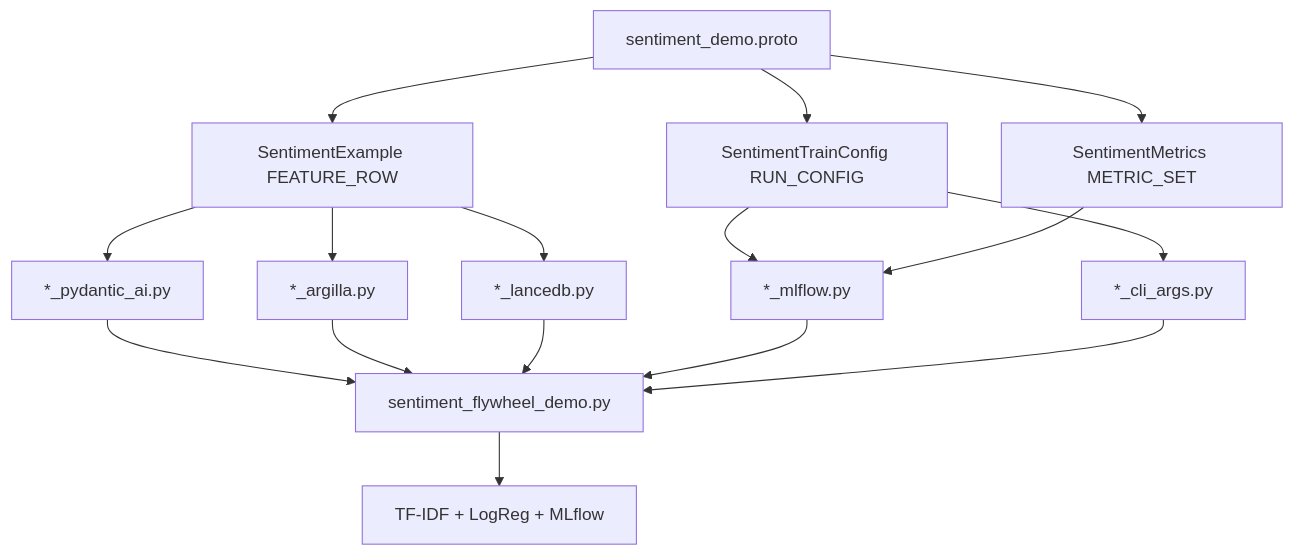
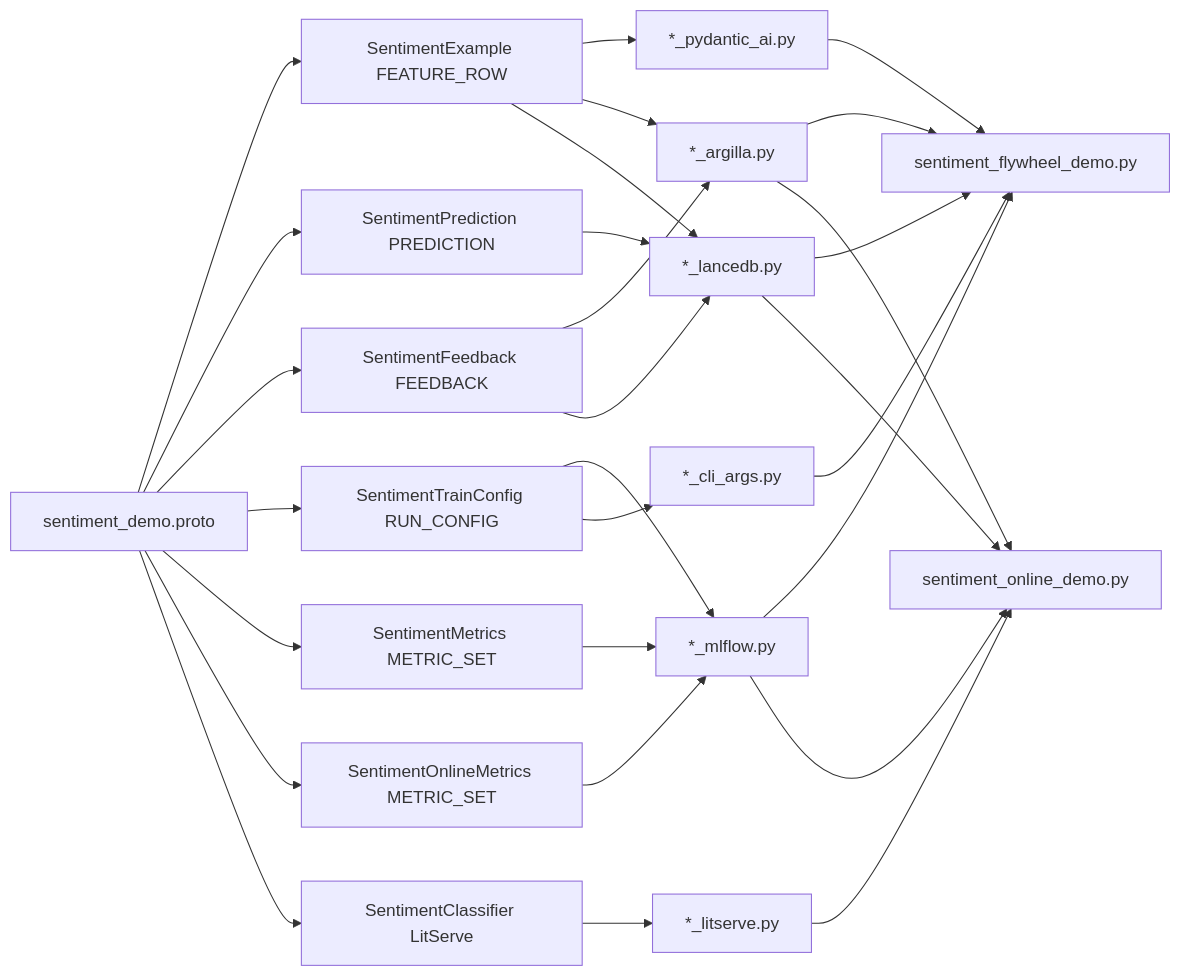
Before and after one commit to jostosh/py-gen-ml: the first of 3 diagrams in docs/example_projects/sentiment_flywheel.md, drawn with Mermaid. The commit also changed other lines of this file and 15 other files, not shown here.

Commit message:
feat: add online sentiment bridge demo

````diff
--- a/docs/example_projects/sentiment_flywheel.md
+++ b/docs/example_projects/sentiment_flywheel.md
@@ -18,19 +27,31 @@
 ```mermaid
-flowchart TB
+flowchart LR
   proto["sentiment_demo.proto"]
   proto --> row["SentimentExample FEATURE_ROW"]
+  proto --> pred["SentimentPrediction PREDICTION"]
+  proto --> fb["SentimentFeedback FEEDBACK"]
   proto --> cfg["SentimentTrainConfig RUN_CONFIG"]
   proto --> met["SentimentMetrics METRIC_SET"]
+  proto --> onlineMet["SentimentOnlineMetrics METRIC_SET"]
+  proto --> serve["SentimentClassifier LitServe"]
   row --> pai["*_pydantic_ai.py"]
   row --> arg["*_argilla.py"]
   row --> lance["*_lancedb.py"]
+  pred --> lance
+  fb --> arg
+  fb --> lance
   cfg --> mlflow["*_mlflow.py"]
   cfg --> cli["*_cli_args.py"]
   met --> mlflow
+  onlineMet --> mlflow
+  serve --> litserve["*_litserve.py"]
   pai --> run["sentiment_flywheel_demo.py"]
   arg --> run
   lance --> run
   mlflow --> run
   cli --> run
-  run --> train["TF-IDF + LogReg + MLflow"]
+  litserve --> online["sentiment_online_demo.py"]
+  lance --> online
+  arg --> online
+  mlflow --> online
 ```
````
